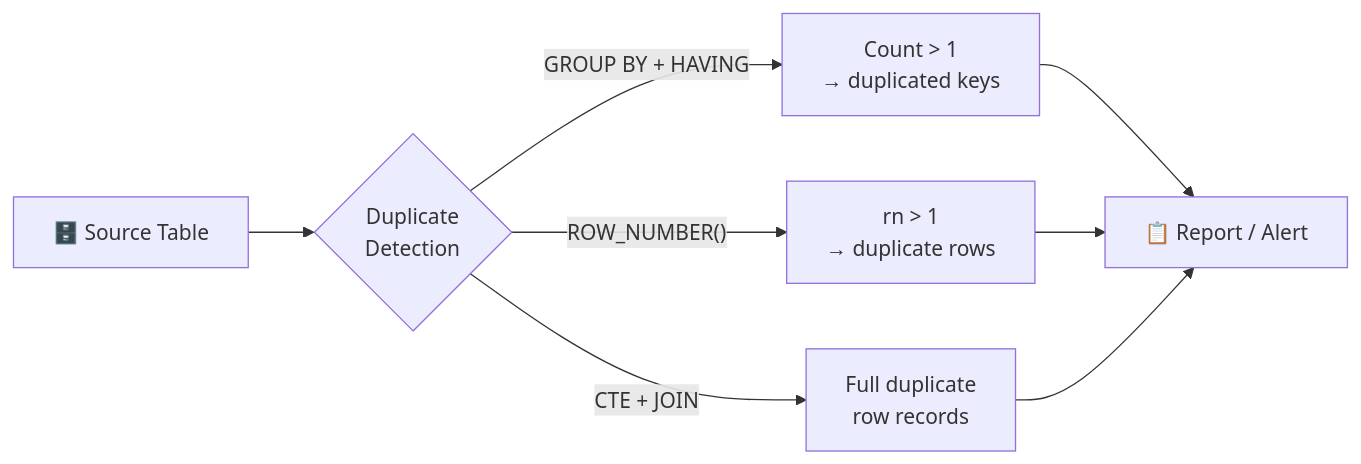
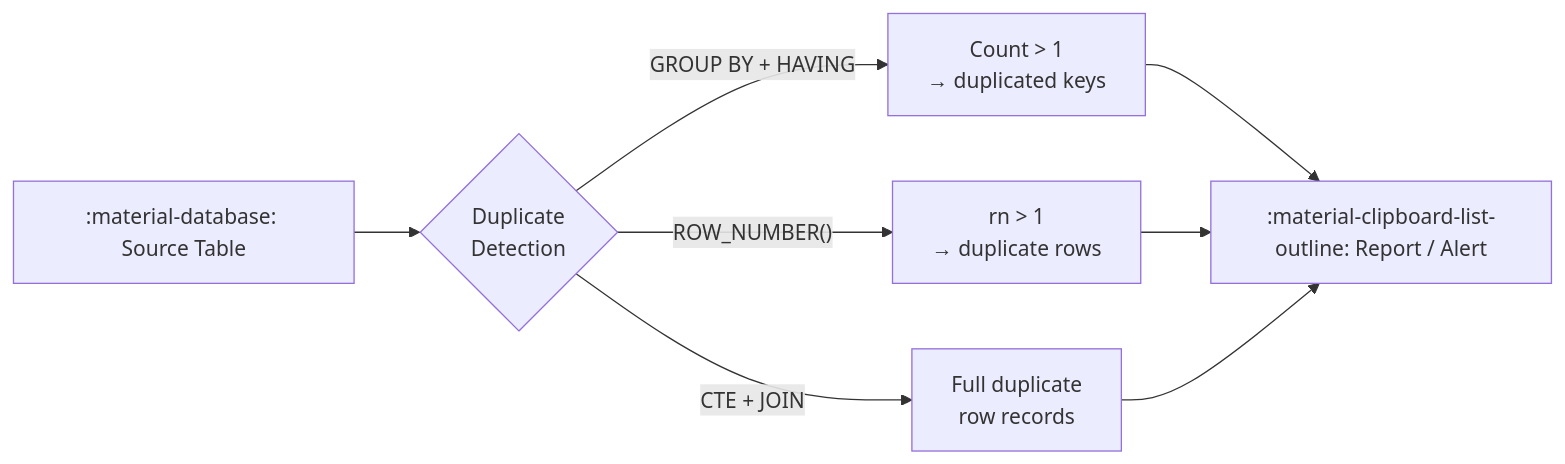
One commit to mahfooziiitian/spark-batch changed the diagram in spark-sql/docs/application/duplicate/finding.md. Above: the diagram before and after it, drawn with Mermaid. The commit also changed other lines of this file and 312 other files, not shown here.

````diff
--- a/spark-sql/docs/application/duplicate/finding.md
+++ b/spark-sql/docs/application/duplicate/finding.md
@@ -10,10 +10,10 @@
 ```mermaid
 graph LR
-    A["🗄️ Source Table"] --> B{"Duplicate\nDetection"}
+    A[":material-database:️ Source Table"] --> B{"Duplicate\nDetection"}
     B -->|"GROUP BY + HAVING"| C["Count > 1\n→ duplicated keys"]
     B -->|"ROW_NUMBER()"| D["rn > 1\n→ duplicate rows"]
     B -->|"CTE + JOIN"| E["Full duplicate\nrow records"]
-    C --> F["📋 Report / Alert"]
+    C --> F[":material-clipboard-list-outline: Report / Alert"]
     D --> F
     E --> F
 ```
````
